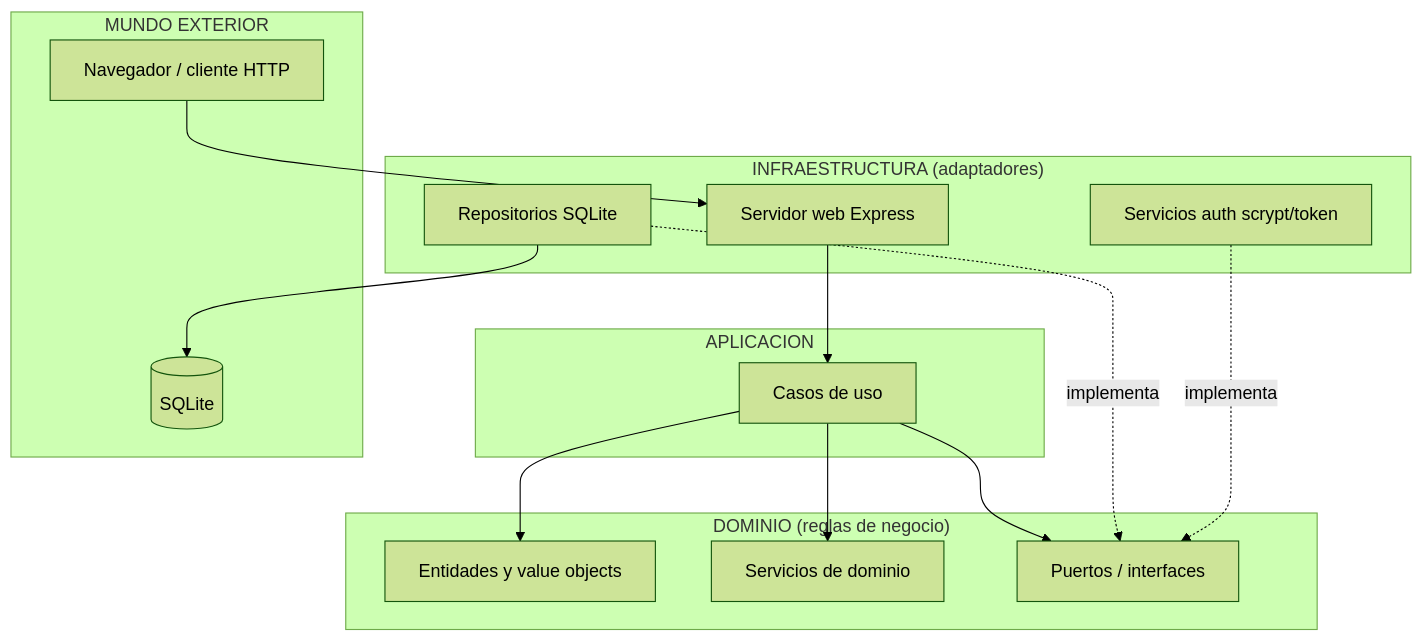
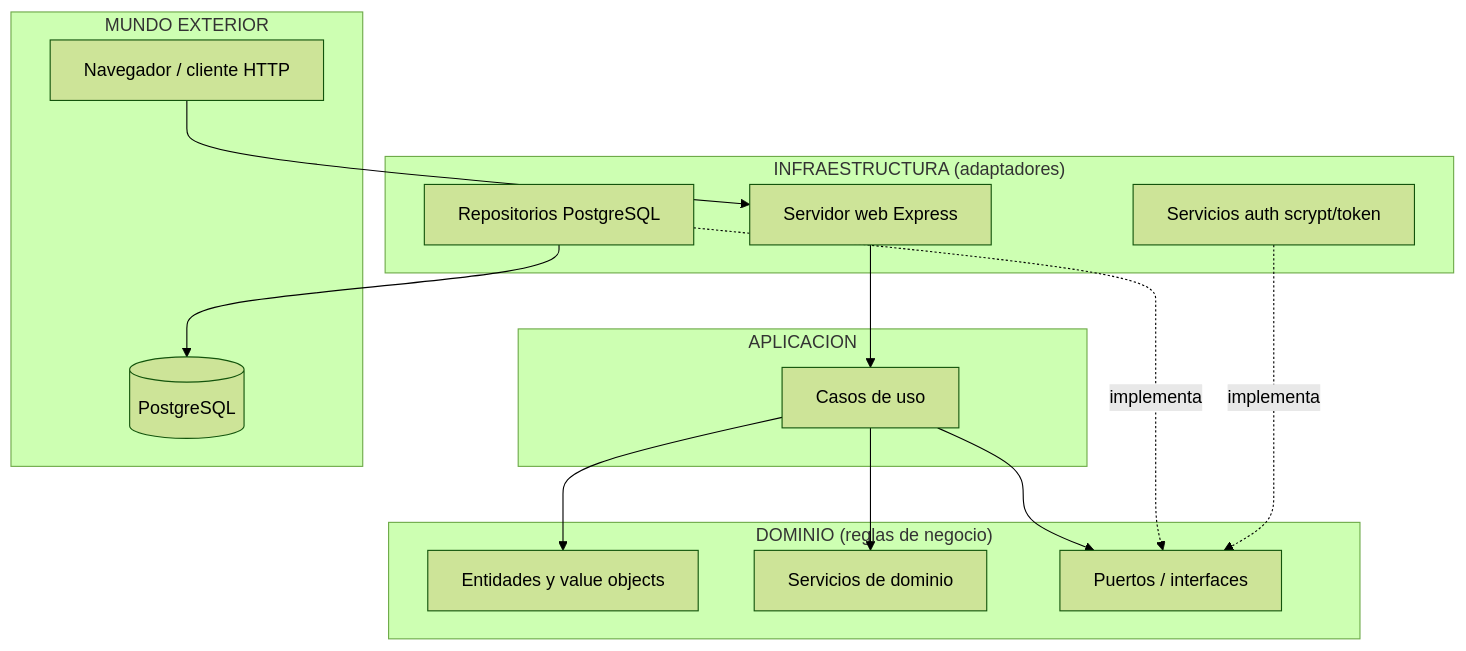
One commit to SProtector04/tdeinfo-proyectounidadI changed the first of 2 diagrams in docs/arquitectura.md. Above: the diagram before and after it, drawn with Mermaid (forest theme). The commit also changed other lines of this file and 39 other files, not shown here.

Commit message:
migrate from SQLite to PostgreSQL

````diff
--- a/docs/arquitectura.md
+++ b/docs/arquitectura.md
@@ -13,32 +13,32 @@
 ```mermaid
 flowchart TB
   subgraph DOMINIO["DOMINIO (reglas de negocio)"]
     E[Entidades y value objects]
     S[Servicios de dominio]
     P[Puertos / interfaces]
   end
 
   subgraph APLICACION["APLICACION"]
     UC[Casos de uso]
   end
 
   subgraph INFRA["INFRAESTRUCTURA (adaptadores)"]
-    SQL[Repositorios SQLite]
+    SQL[Repositorios PostgreSQL]
     WEB[Servidor web Express]
     AUTH[Servicios auth scrypt/token]
   end
 
   subgraph EXT["MUNDO EXTERIOR"]
     HTTP[Navegador / cliente HTTP]
-    DB[(SQLite)]
+    DB[(PostgreSQL)]
   end
 
   HTTP --> WEB
   WEB --> UC
   UC --> P
   UC --> S
   UC --> E
   SQL -. implementa .-> P
   SQL --> DB
   AUTH -. implementa .-> P
 ```
````
